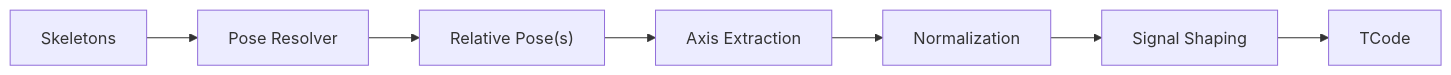
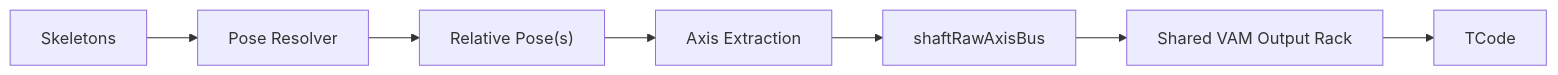
Before and after one commit to FrogThe2nd/f8studio: the first of 8 diagrams in docs/scenarios/vam-male-referenced-motion.md, drawn with Mermaid. The commit also changed other lines of this file and 3 other files, not shown here.

Commit message:
Unify VAM branch output rack docs

````diff
--- a/docs/scenarios/vam-male-referenced-motion.md
+++ b/docs/scenarios/vam-male-referenced-motion.md
@@ -9,9 +10,9 @@
 ```mermaid
 flowchart LR
     Skel["Skeletons"] --> Resolver["Pose Resolver"]
     Resolver --> Pose["Relative Pose(s)"]
     Pose --> Axes["Axis Extraction"]
-    Axes --> Norm["Normalization"]
-    Norm --> Shape["Signal Shaping"]
-    Shape --> TCode["TCode"]
+    Axes --> Bus["shaftRawAxisBus"]
+    Bus --> Rack["Shared VAM Output Rack"]
+    Rack --> TCode["TCode"]
 ```
````
